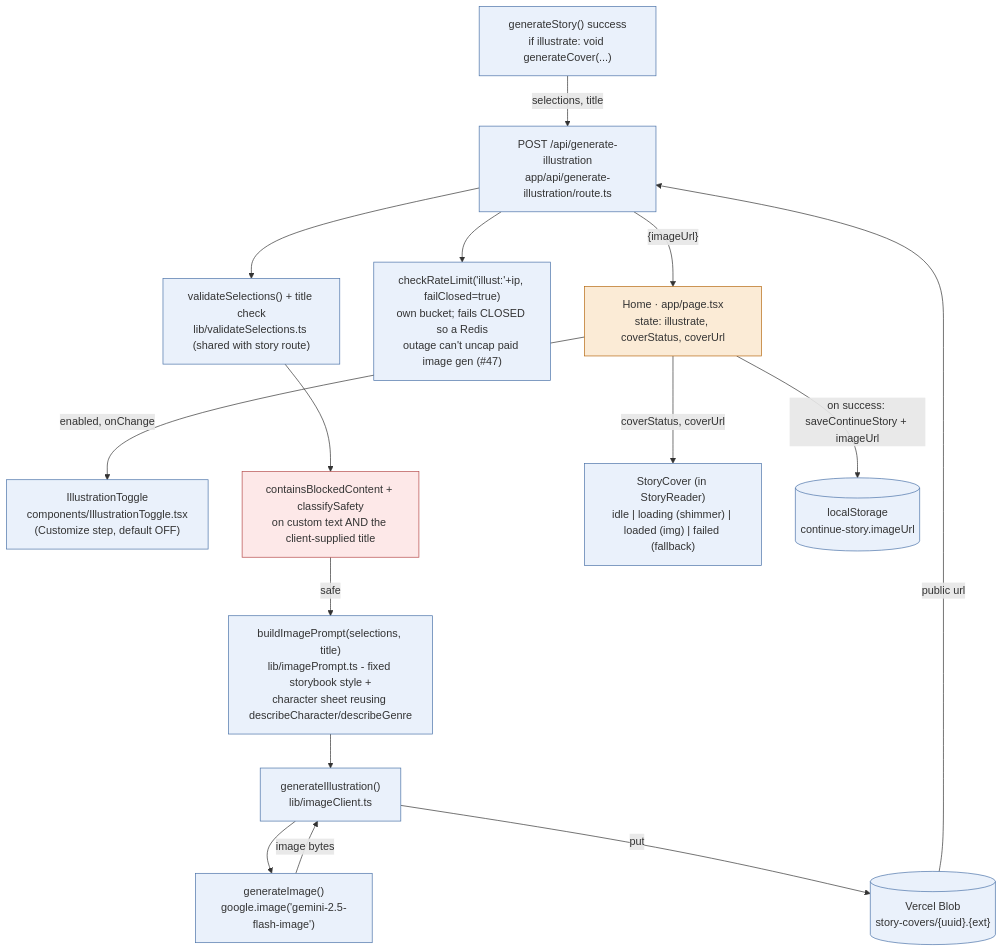
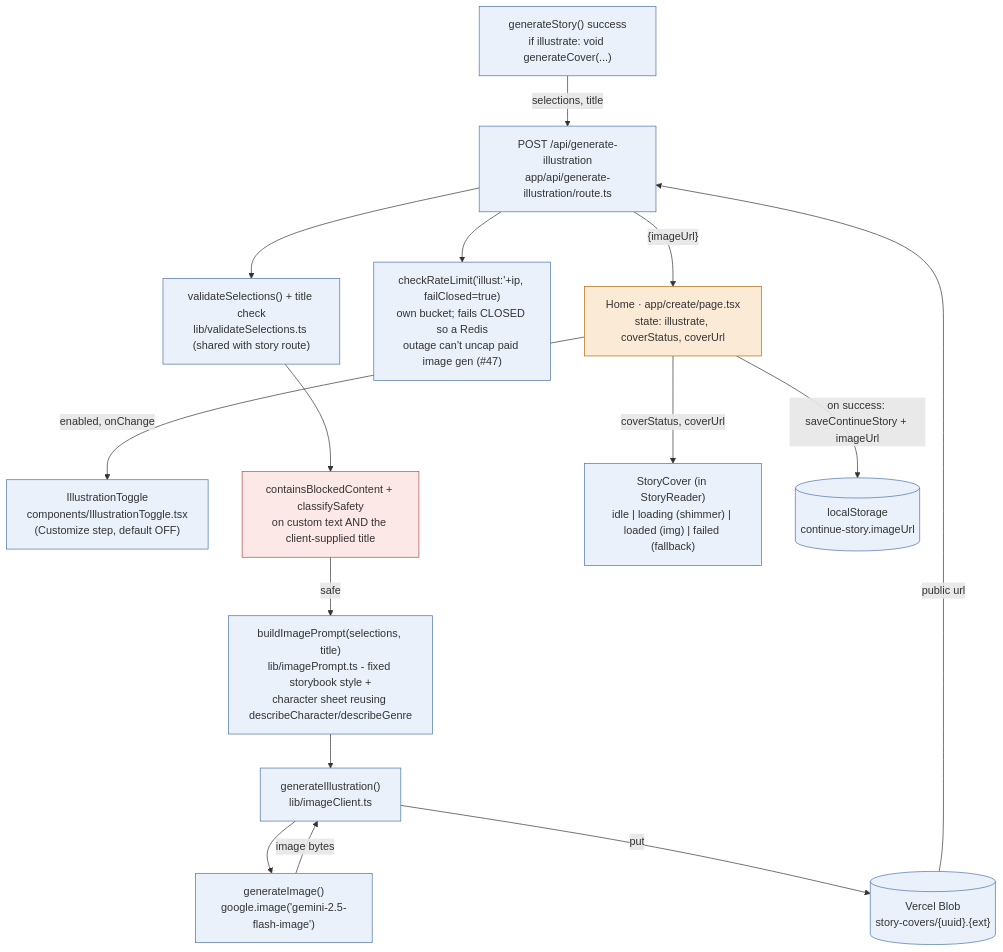
Before and after one commit to aio-studios/children-story-app: the fifth of 8 diagrams in docs/architecture.md, drawn with Mermaid. The commit also changed other lines of this file and 48 other files, not shown here.

First line of the commit message:
feat: landing page at /, app moves to /create (#97) (#100)

````diff
--- a/docs/architecture.md
+++ b/docs/architecture.md
@@ -242,38 +267,38 @@
 ```mermaid
 graph TD
-  Page["Home · app/page.tsx<br/>state: illustrate, coverStatus, coverUrl"]
+  Page["Home · app/create/page.tsx<br/>state: illustrate, coverStatus, coverUrl"]
   Toggle["IllustrationToggle<br/>components/IllustrationToggle.tsx<br/>(Customize step, default OFF)"]
   Gen["generateStory() success<br/>if illustrate: void generateCover(...)"]
   Route["POST /api/generate-illustration<br/>app/api/generate-illustration/route.ts"]
   RateLimit["checkRateLimit('illust:'+ip, failClosed=true)<br/>own bucket; fails CLOSED so a Redis<br/>outage can't uncap paid image gen (#47)"]
   Validate["validateSelections() + title check<br/>lib/validateSelections.ts (shared with story route)"]
   Safety["containsBlockedContent + classifySafety<br/>on custom text AND the client-supplied title"]
   Prompt["buildImagePrompt(selections, title)<br/>lib/imagePrompt.ts - fixed storybook style +<br/>character sheet reusing describeCharacter/describeGenre"]
   ImgClient["generateIllustration()<br/>lib/imageClient.ts"]
   Gemini["generateImage()<br/>google.image('gemini-2.5-flash-image')"]
   Blob[("Vercel Blob<br/>story-covers/{uuid}.{ext}")]
   Cover["StoryCover (in StoryReader)<br/>idle | loading (shimmer) | loaded (img) | failed (fallback)"]
   LS[("localStorage<br/>continue-story.imageUrl")]
 
   Page -->|enabled, onChange| Toggle
   Gen -->|selections, title| Route
   Route --> RateLimit
   Route --> Validate
   Validate --> Safety
   Safety -->|safe| Prompt
   Prompt --> ImgClient
   ImgClient --> Gemini
   Gemini -->|image bytes| ImgClient
   ImgClient -->|put| Blob
   Blob -->|public url| Route
   Route -->|"{imageUrl}"| Page
   Page -->|coverStatus, coverUrl| Cover
   Page -->|on success: saveContinueStory + imageUrl| LS
 
   classDef stateful fill:#FBEBD6,stroke:#B5670E;
   classDef plain fill:#EAF1FB,stroke:#4A72A8;
   classDef safety fill:#FDE8E8,stroke:#B54A4A;
   class Page stateful;
   class Toggle,Gen,Route,RateLimit,Validate,Prompt,ImgClient,Gemini,Blob,Cover,LS plain;
   class Safety safety;
 ```
````
